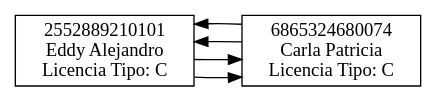
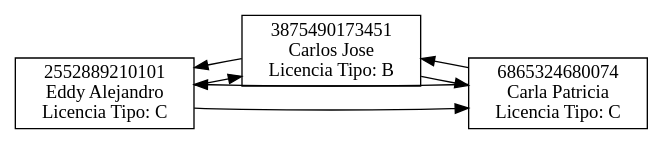
The diagram in R_Lista_Doble_Circular.dot (EmBarillasA94/EDD_PROYECTO2_JUNIO_201503741), drawn with Graphviz before and after one commit. The commit also changed 16 other files, not shown here.

```diff
--- a/R_Lista_Doble_Circular.dot
+++ b/R_Lista_Doble_Circular.dot
@@ -1,10 +1,13 @@
 digraph G{ 
 rankdir = LR; 
 node[shape=box] 
-"31168322"[label ="2552889210101&#92;nEddy Alejandro&#92;nLicencia Tipo: C"]; 
-"17225372"[label ="6865324680074&#92;nCarla Patricia&#92;nLicencia Tipo: C"]; 
-"31168322"->"17225372"
-"31168322"->"17225372"
-"17225372"->"31168322"
-"17225372"->"31168322"
+"26387074"[label ="2552889210101&#92;nEddy Alejandro&#92;nLicencia Tipo: C"]; 
+"3976655"[label ="3875490173451&#92;nCarlos Jose&#92;nLicencia Tipo: B"]; 
+"25226451"[label ="6865324680074&#92;nCarla Patricia&#92;nLicencia Tipo: C"]; 
+"26387074"->"3976655"
+"26387074"->"25226451"
+"3976655"->"25226451"
+"3976655"->"26387074"
+"25226451"->"26387074"
+"25226451"->"3976655"
 }
```
